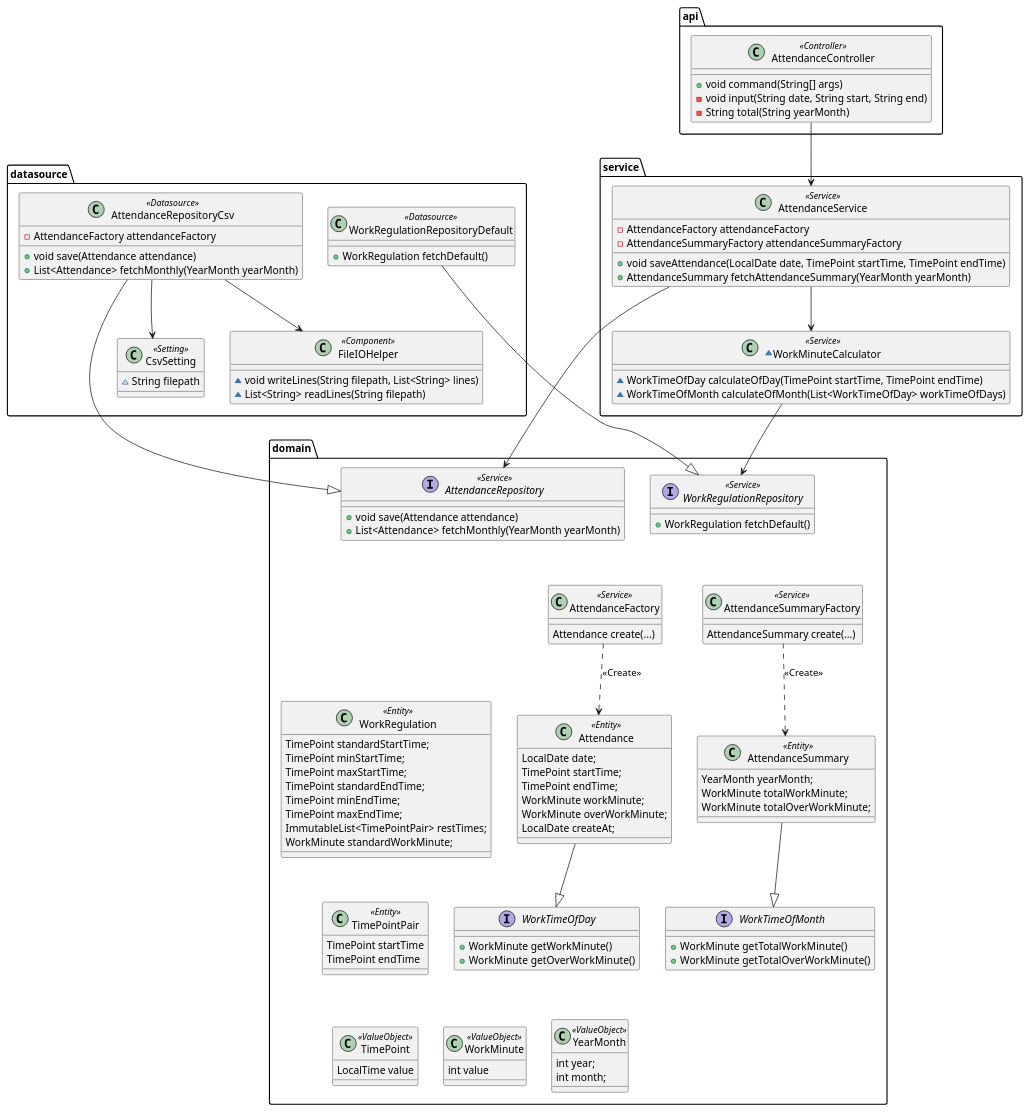
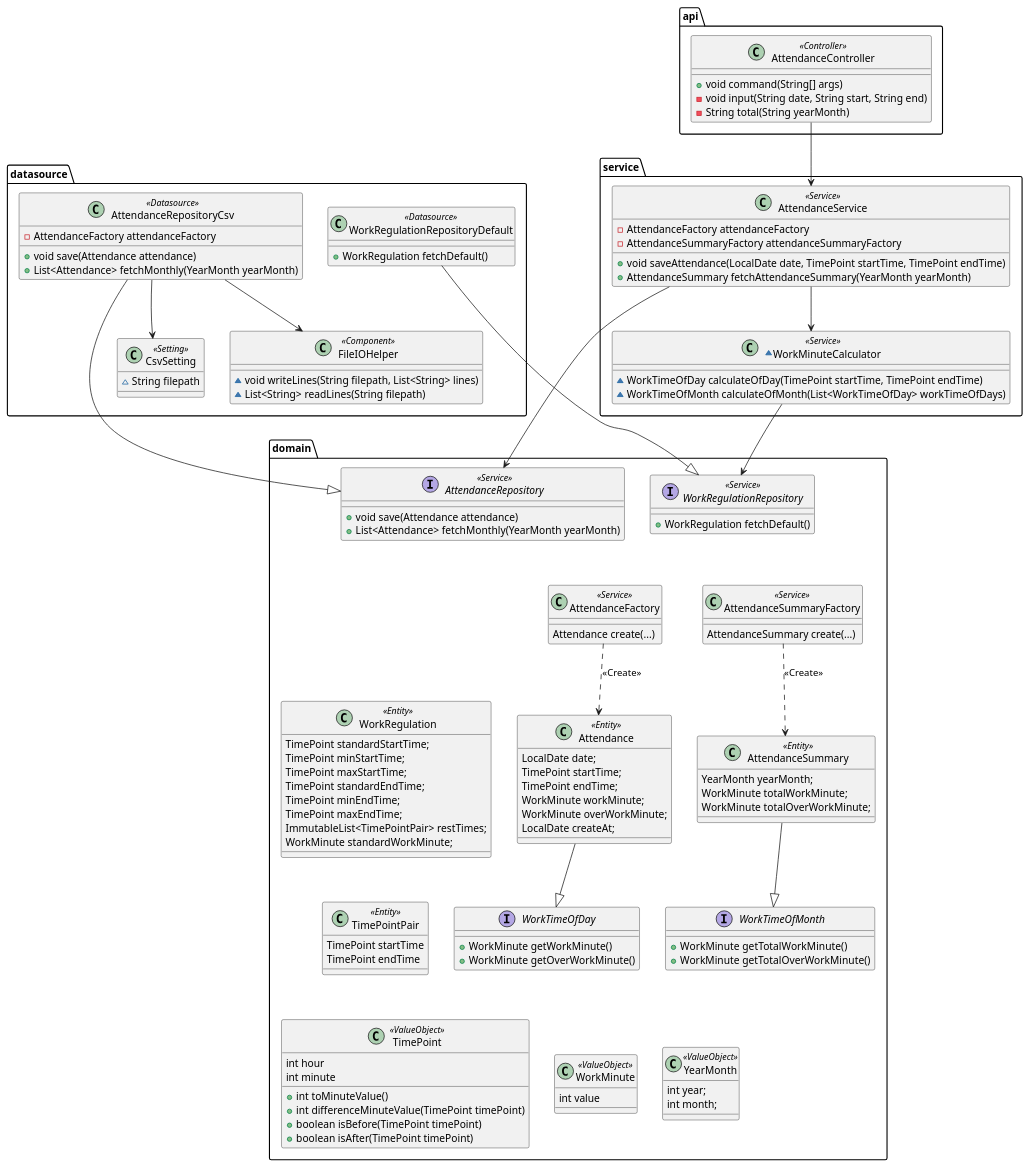
One commit to biglobe-isp/kintai changed the diagram in etc/document/design/src/model.puml. Above: the diagram before and after it, drawn with PlantUML. The commit also changed 11 other files, not shown here.

Commit message:
Change TimePoint.value to hour and minute

```diff
--- a/etc/document/design/src/model.puml
+++ b/etc/document/design/src/model.puml
@@ -1,169 +1,174 @@
 @startuml
 
 package api {
 
     class  AttendanceController <<Controller>> {
         + void command(String[] args)
         - void input(String date, String start, String end)
         - String total(String yearMonth)
     }
 }
 
 package service {
 
     class  AttendanceService <<Service>> {
         - AttendanceFactory attendanceFactory
         - AttendanceSummaryFactory attendanceSummaryFactory
         + void saveAttendance(LocalDate date, TimePoint startTime, TimePoint endTime)
         + AttendanceSummary fetchAttendanceSummary(YearMonth yearMonth)
     }
 
     ~class WorkMinuteCalculator <<Service>> {
         ~ WorkTimeOfDay calculateOfDay(TimePoint startTime, TimePoint endTime)
         ~ WorkTimeOfMonth calculateOfMonth(List<WorkTimeOfDay> workTimeOfDays)
     }
 }
 
 package datasource {
 
     class  AttendanceRepositoryCsv <<Datasource>> {
         - AttendanceFactory attendanceFactory
         + void save(Attendance attendance)
         + List<Attendance> fetchMonthly(YearMonth yearMonth)
     }
 
     class CsvSetting <<Setting>> {
         ~ String filepath
     }
 
     class FileIOHelper <<Component>> {
         ~ void writeLines(String filepath, List<String> lines)
         ~ List<String> readLines(String filepath)
     }
 
     class WorkRegulationRepositoryDefault <<Datasource>> {
         + WorkRegulation fetchDefault()
     }
 }
 
 package domain {
 
     class Attendance <<Entity>> {
         LocalDate date;
         TimePoint startTime;
         TimePoint endTime;
         WorkMinute workMinute;
         WorkMinute overWorkMinute;
         LocalDate createAt;
     }
 
     interface AttendanceRepository <<Service>> {
         + void save(Attendance attendance)
         + List<Attendance> fetchMonthly(YearMonth yearMonth)
     }
 
     class AttendanceSummary <<Entity>> {
         YearMonth yearMonth;
         WorkMinute totalWorkMinute;
         WorkMinute totalOverWorkMinute;
     }
 
     class AttendanceFactory <<Service>> {
         Attendance create(...)
     }
 
     class AttendanceSummaryFactory <<Service>> {
         AttendanceSummary create(...)
     }
 
     class TimePoint <<ValueObject>> {
-        LocalTime value
+        int hour
+        int minute
+        + int toMinuteValue()
+        + int differenceMinuteValue(TimePoint timePoint)
+        + boolean isBefore(TimePoint timePoint)
+        + boolean isAfter(TimePoint timePoint)
     }
 
     class TimePointPair <<Entity>> {
         TimePoint startTime
         TimePoint endTime
     }
 
     class WorkMinute <<ValueObject>> {
         int value
     }
 
     class WorkRegulation <<Entity>> {
         TimePoint standardStartTime;
         TimePoint minStartTime;
         TimePoint maxStartTime;
         TimePoint standardEndTime;
         TimePoint minEndTime;
         TimePoint maxEndTime;
         ImmutableList<TimePointPair> restTimes;
         WorkMinute standardWorkMinute;
     }
 
     interface WorkRegulationRepository <<Service>> {
         + WorkRegulation fetchDefault()
     }
 
     interface WorkTimeOfDay {
         + WorkMinute getWorkMinute()
         + WorkMinute getOverWorkMinute()
     }
 
     interface WorkTimeOfMonth {
         + WorkMinute getTotalWorkMinute()
         + WorkMinute getTotalOverWorkMinute()
     }
 
     class YearMonth <<ValueObject>> {
         int year;
         int month;
     }
 }
 
 
 ''' api
 AttendanceController --> AttendanceService
 
 
 ''' service
 AttendanceService --> AttendanceRepository
 ' AttendanceService --> AttendanceFactory
 ' AttendanceService --> AttendanceSummaryFactory
 AttendanceService --> WorkMinuteCalculator
 WorkMinuteCalculator --> WorkRegulationRepository
 AttendanceFactory ..> Attendance : <<Create>>
 AttendanceSummaryFactory ..> AttendanceSummary : <<Create>>
 AttendanceFactory -[hidden]- WorkMinuteCalculator
 
 
 ''' datasource
 AttendanceRepositoryCsv --|> AttendanceRepository
 ' AttendanceRepositoryCsv --> AttendanceFactory
 AttendanceRepositoryCsv --> CsvSetting
 AttendanceRepositoryCsv --> FileIOHelper
 WorkRegulationRepositoryDefault --|> WorkRegulationRepository
 
 
 ''' domain
 Attendance --|> WorkTimeOfDay
 AttendanceSummary --|> WorkTimeOfMonth
 
 
 ''' placement order
 WorkRegulationRepositoryDefault -[hidden] AttendanceRepositoryCsv
 AttendanceRepositoryCsv -[hidden]- CsvSetting
 CsvSetting -[hidden]- WorkRegulationRepository
 WorkMinuteCalculator -[hidden]- WorkRegulationRepository
 WorkRegulationRepository -[hidden] AttendanceRepository
 AttendanceRepository -[hidden]- AttendanceFactory
 AttendanceFactory -[hidden] AttendanceSummaryFactory
 
 WorkRegulation -[hidden] Attendance
 Attendance -[hidden] AttendanceSummary
 WorkTimeOfDay -[hidden] WorkTimeOfMonth
 WorkRegulation -[hidden]- TimePointPair
 TimePointPair -[hidden]- TimePoint
 TimePoint -[hidden] WorkMinute
 WorkMinute -[hidden] YearMonth
 
 @enduml
```
